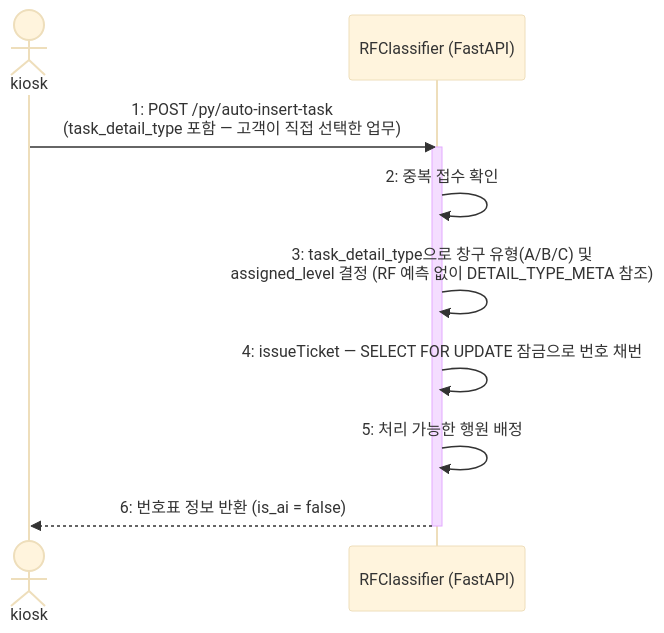
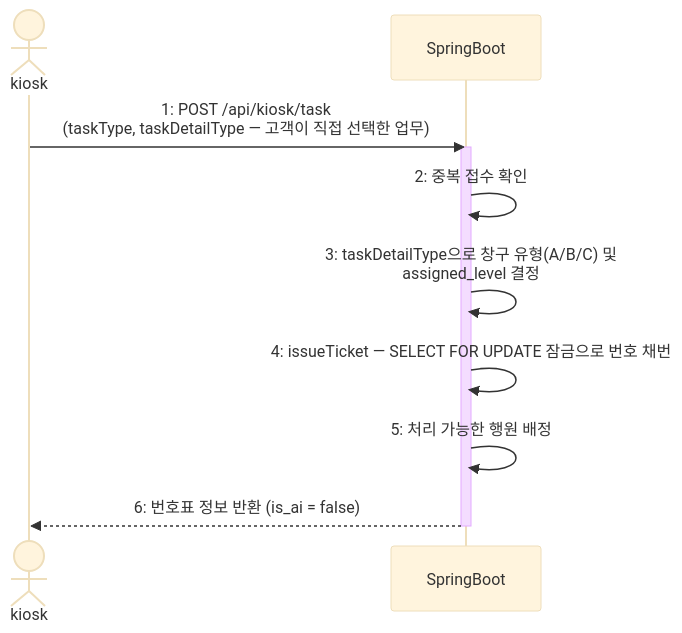
Before and after one commit to silversky621/BankScope: the seventh of 11 diagrams in Design_[21622137_최재영].md, drawn with Mermaid (base theme). The commit also changed other lines of this file, not shown here.

Commit message:
fix: 키오스크 직접접수 시퀀스 다이어그램 수정 (RFClassifier → SpringBoot)

````diff
--- a/Design_[21622137_최재영].md
+++ b/Design_[21622137_최재영].md
@@ -438,14 +438,14 @@
 ```mermaid
 sequenceDiagram
     actor kiosk
-    participant RF as RFClassifier (FastAPI)
+    participant SpringBoot
 
-    kiosk->>RF: 1: POST /py/auto-insert-task<br/>(task_detail_type 포함 — 고객이 직접 선택한 업무)
-    activate RF
-    RF->>RF: 2: 중복 접수 확인
-    RF->>RF: 3: task_detail_type으로 창구 유형(A/B/C) 및<br/>assigned_level 결정 (RF 예측 없이 DETAIL_TYPE_META 참조)
-    RF->>RF: 4: issueTicket — SELECT FOR UPDATE 잠금으로 번호 채번
-    RF->>RF: 5: 처리 가능한 행원 배정
-    RF-->>kiosk: 6: 번호표 정보 반환 (is_ai = false)
-    deactivate RF
+    kiosk->>SpringBoot: 1: POST /api/kiosk/task<br/>(taskType, taskDetailType — 고객이 직접 선택한 업무)
+    activate SpringBoot
+    SpringBoot->>SpringBoot: 2: 중복 접수 확인
+    SpringBoot->>SpringBoot: 3: taskDetailType으로 창구 유형(A/B/C) 및<br/>assigned_level 결정
+    SpringBoot->>SpringBoot: 4: issueTicket — SELECT FOR UPDATE 잠금으로 번호 채번
+    SpringBoot->>SpringBoot: 5: 처리 가능한 행원 배정
+    SpringBoot-->>kiosk: 6: 번호표 정보 반환 (is_ai = false)
+    deactivate SpringBoot
 ```
````
